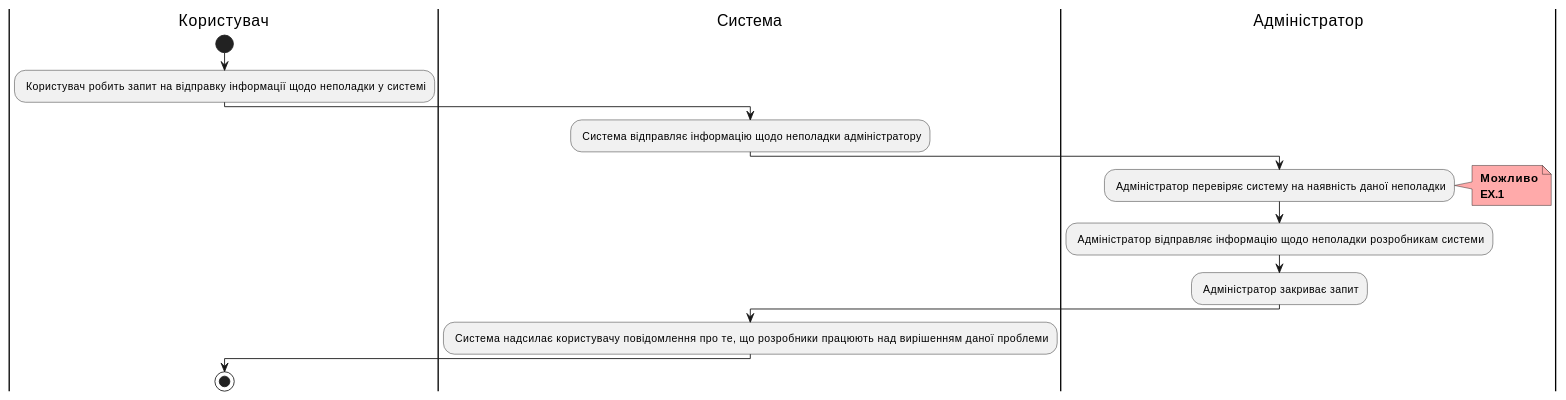
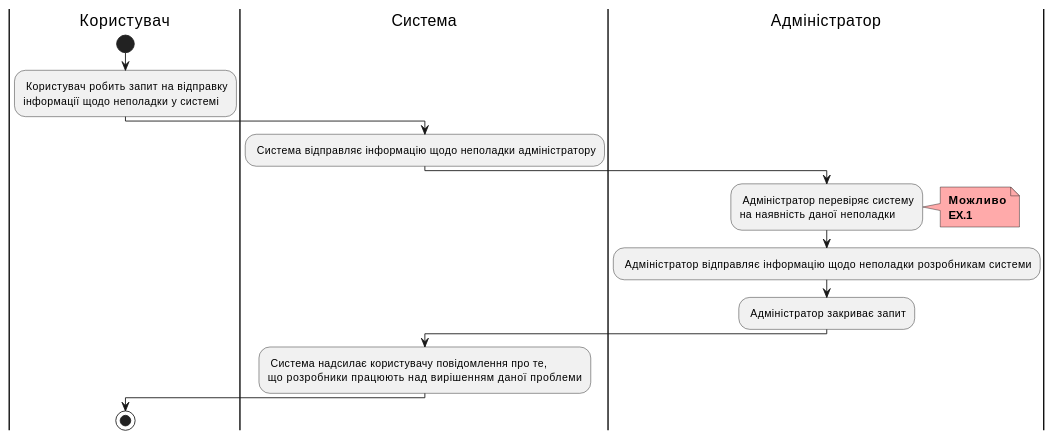
One commit to boldak/edu-db-cw changed the eighth of 8 diagrams in docs/use cases/README.md. Above: the diagram before and after it, drawn with PlantUML. The commit also changed other lines of this file, not shown here.

```diff
--- a/docs/use cases/README.md
+++ b/docs/use cases/README.md
@@ -279,21 +285,24 @@
 @startuml
 
 |Користувач|
     start
-    : Користувач робить запит на відправку інформації щодо неполадки у системі;
+    : Користувач робить запит на відправку
+ інформації щодо неполадки у системі;
 |Система|
     : Система відправляє інформацію щодо неполадки адміністратору;
 |Адміністратор|
-    : Адміністратор перевіряє систему на наявність даної неполадки;
+    : Адміністратор перевіряє систему
+ на наявність даної неполадки;
         note right #ffaaaa
         <b> Можливо
         <b> EX.1
         end note
     : Адміністратор відправляє інформацію щодо неполадки розробникам системи;
     : Адміністратор закриває запит;
 |Система|
-    : Система надсилає користувачу повідомлення про те, що розробники працюють над вирішенням даної проблеми;
+    : Система надсилає користувачу повідомлення про те,
+ що розробники працюють над вирішенням даної проблеми;
 |Користувач|
     stop;
 
 @enduml
```
